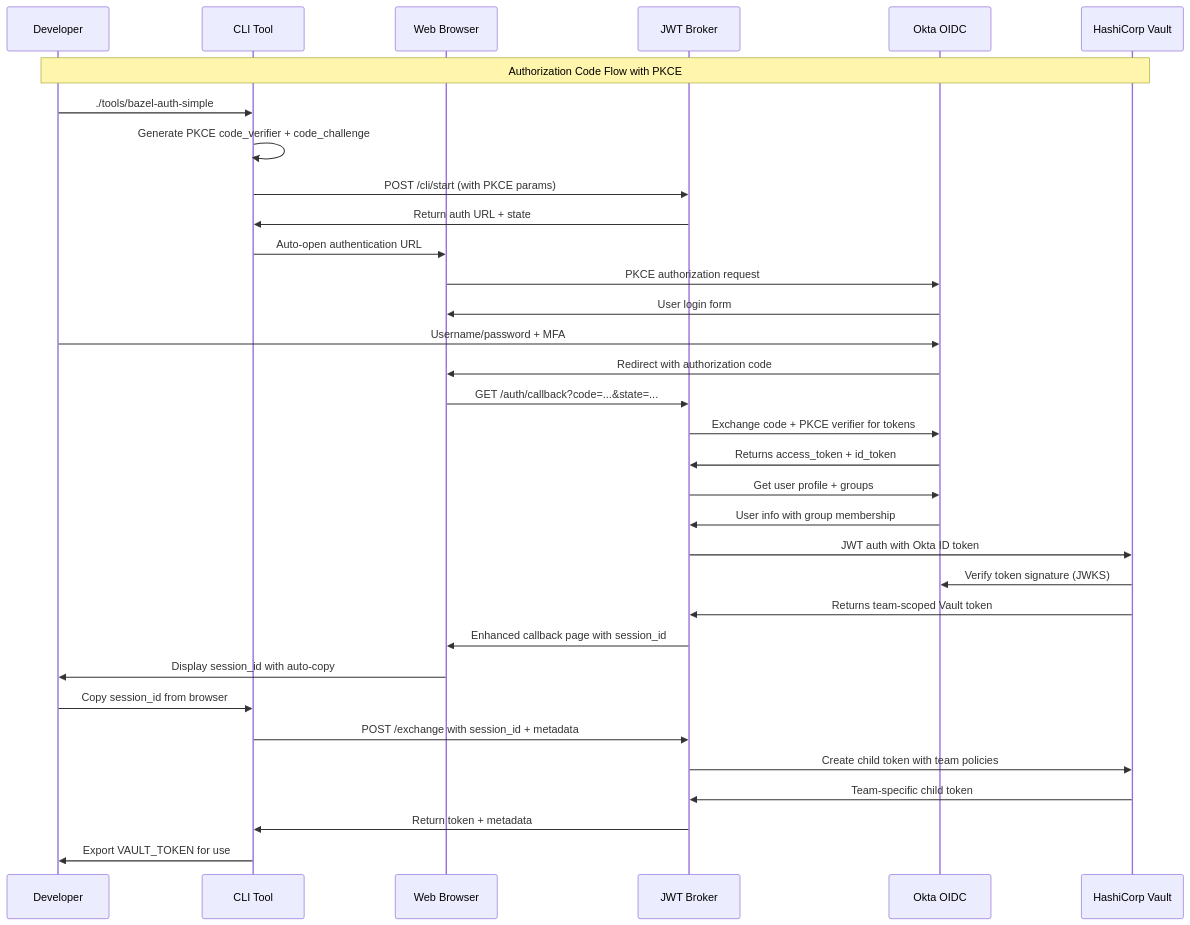
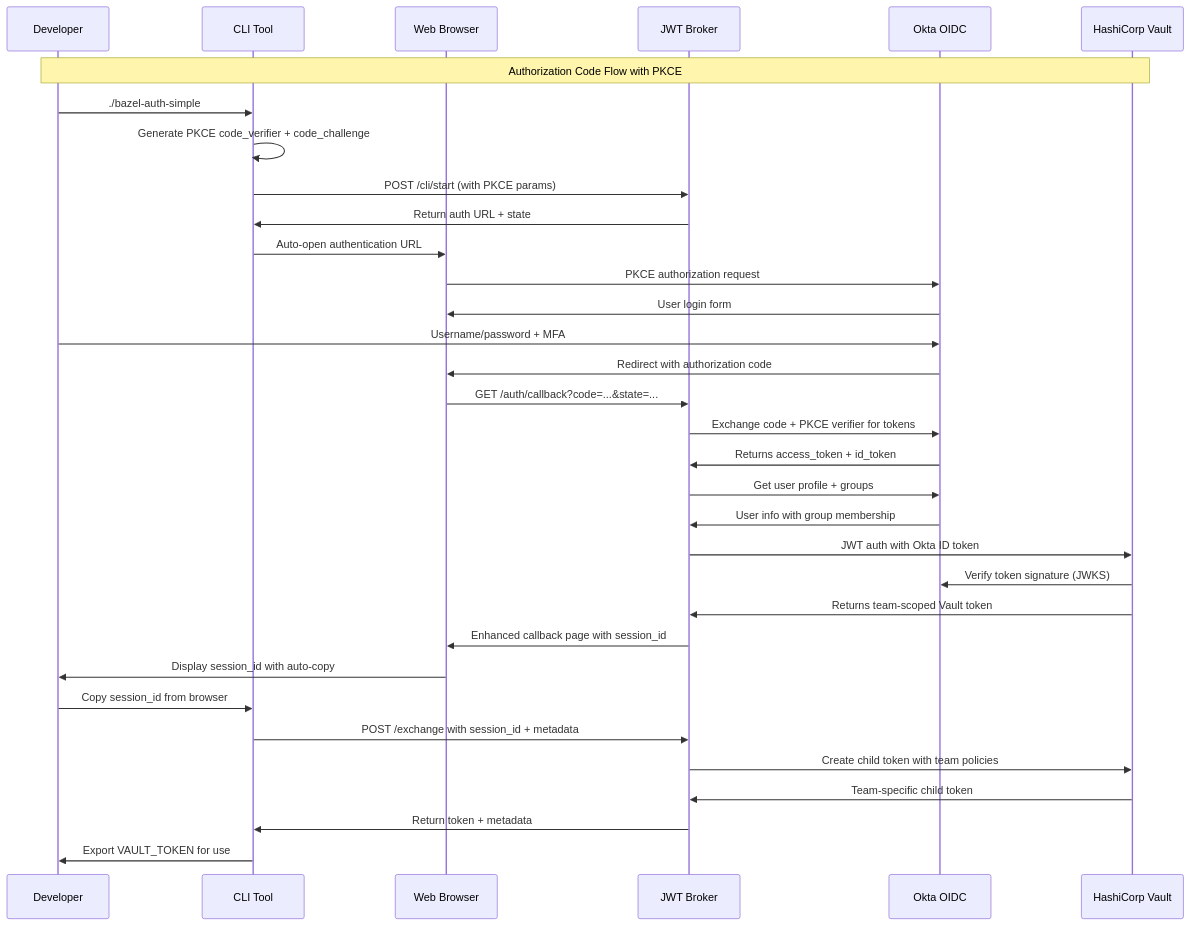
Before and after one commit to trenner1/bazel-jwt-vault-demo: the diagram in docs/ARCHITECTURE.md, drawn with Mermaid. The commit also changed other lines of this file and 7 other files, not shown here.

First line of the commit message:
feat: simplify CLI command path for bazel-auth-simple

````diff
--- a/docs/ARCHITECTURE.md
+++ b/docs/ARCHITECTURE.md
@@ -88,41 +88,41 @@
 ```mermaid
 sequenceDiagram
     participant User as Developer
     participant CLI as CLI Tool
     participant Browser as Web Browser  
     participant Broker as JWT Broker
     participant Okta as Okta OIDC
     participant Vault as HashiCorp Vault
 
     Note over User,Vault: Authorization Code Flow with PKCE
     
-    User->>CLI: ./tools/bazel-auth-simple
+    User->>CLI: ./bazel-auth-simple
     CLI->>CLI: Generate PKCE code_verifier + code_challenge
     CLI->>Broker: POST /cli/start (with PKCE params)
     Broker->>CLI: Return auth URL + state
     CLI->>Browser: Auto-open authentication URL
     
     Browser->>Okta: PKCE authorization request
     Okta->>Browser: User login form
     User->>Okta: Username/password + MFA
     Okta->>Browser: Redirect with authorization code
     
     Browser->>Broker: GET /auth/callback?code=...&state=...
     Broker->>Okta: Exchange code + PKCE verifier for tokens
     Okta->>Broker: Returns access_token + id_token
     
     Broker->>Okta: Get user profile + groups
     Okta->>Broker: User info with group membership
     Broker->>Vault: JWT auth with Okta ID token
     Vault->>Okta: Verify token signature (JWKS)
     Vault->>Broker: Returns team-scoped Vault token
     
     Broker->>Browser: Enhanced callback page with session_id
     Browser->>User: Display session_id with auto-copy
     User->>CLI: Copy session_id from browser
     CLI->>Broker: POST /exchange with session_id + metadata
     Broker->>Vault: Create child token with team policies
     Vault->>Broker: Team-specific child token
     Broker->>CLI: Return token + metadata
     CLI->>User: Export VAULT_TOKEN for use
 ```
````
